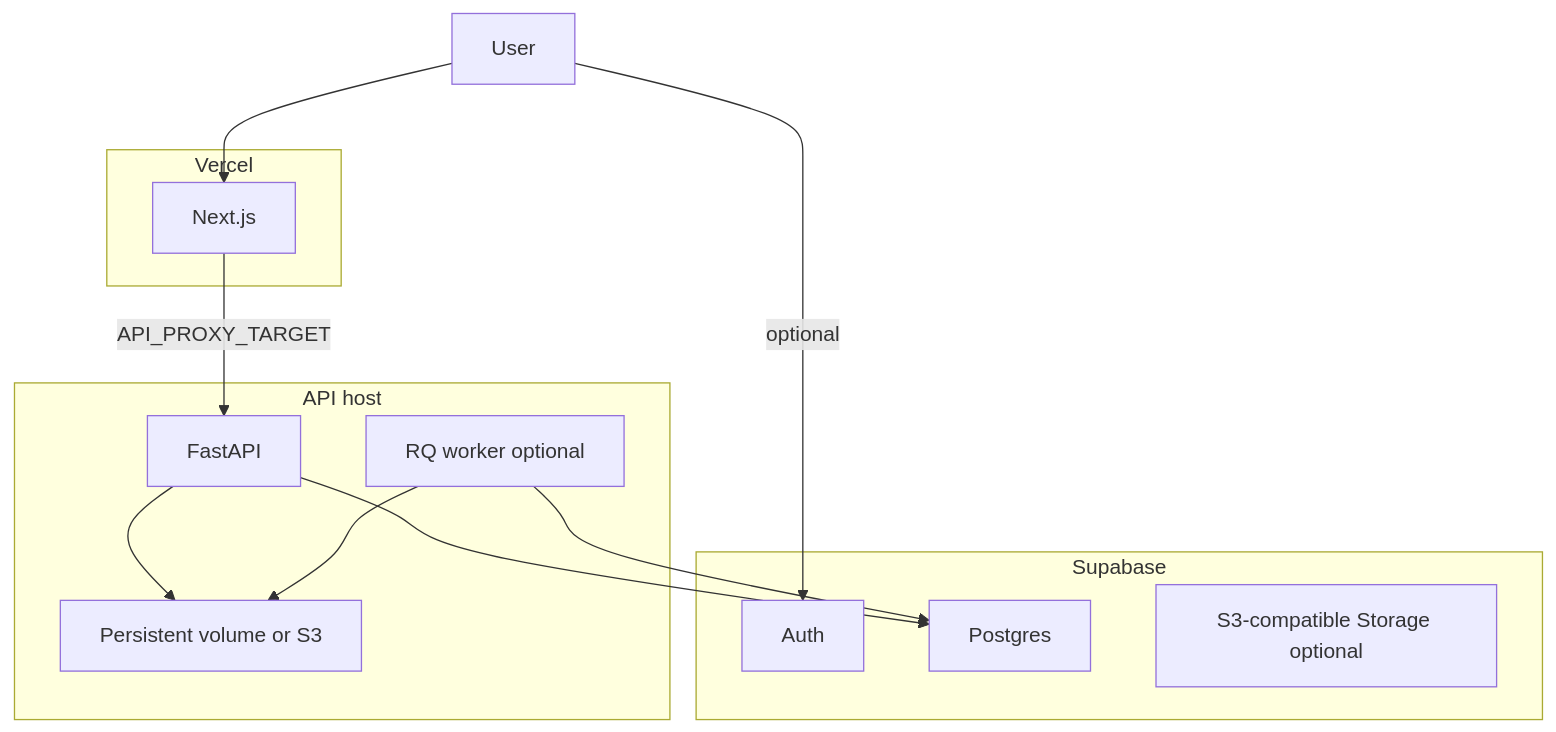
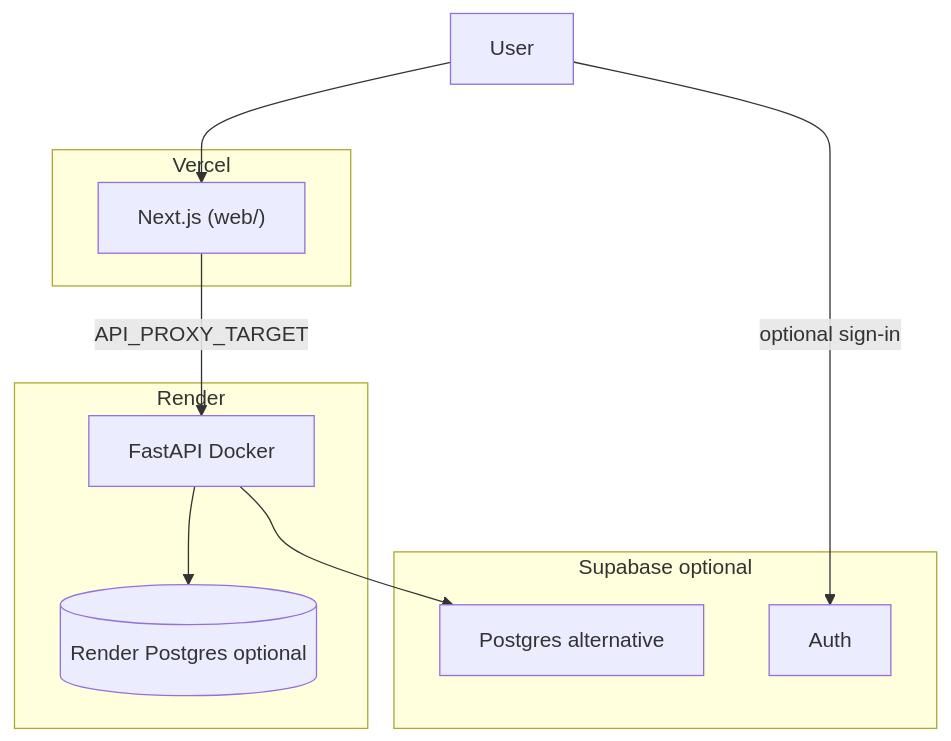
One commit to Sousa-16/PRAXISWeb changed the diagram in DEPLOYMENT.md. Above: the diagram before and after it, drawn with Mermaid. The commit also changed other lines of this file and 3 other files, not shown here.

````diff
--- a/DEPLOYMENT.md
+++ b/DEPLOYMENT.md
@@ -5,23 +5,19 @@
 ```mermaid
 flowchart TB
   subgraph vercel [Vercel]
-    NextApp[Next.js]
+    NextApp["Next.js (web/)"]
   end
-  subgraph api_host [API host]
-    API[FastAPI]
-    Worker[RQ worker optional]
-    Vol[Persistent volume or S3]
+  subgraph render [Render]
+    API[FastAPI Docker]
+    PG[(Render Postgres optional)]
   end
-  subgraph supabase [Supabase]
+  subgraph supabase [Supabase optional]
     Auth[Auth]
-    PG[Postgres]
-    Storage[S3-compatible Storage optional]
+    SupaPG[Postgres alternative]
   end
   User --> NextApp
   NextApp -->|API_PROXY_TARGET| API
-  User -->|optional| Auth
+  User -->|optional sign-in| Auth
   API --> PG
-  Worker --> PG
-  API --> Vol
-  Worker --> Vol
+  API --> SupaPG
 ```
````
